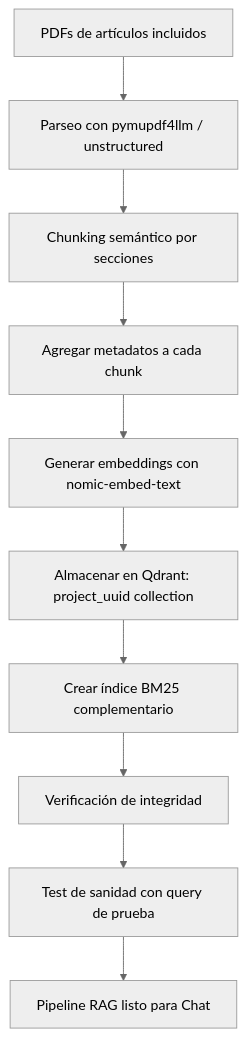
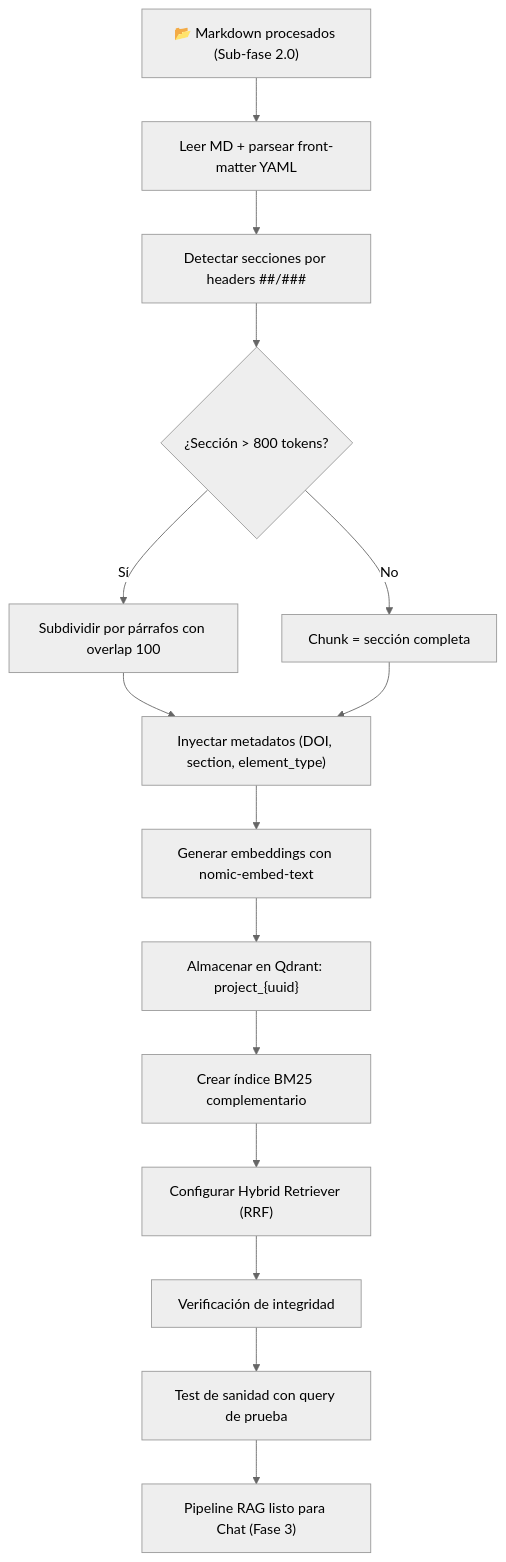
The seventh of 13 diagrams in docs/plan_a_seguir.md (AlexPrietoRomani/AgriSearch), drawn with Mermaid (neutral theme) before and after one commit. The commit also changed other lines of this file and 38 other files, not shown here.

````diff
--- a/docs/plan_a_seguir.md
+++ b/docs/plan_a_seguir.md
@@ -766,12 +966,17 @@
 ```mermaid
 graph TD
-    A[PDFs de artículos incluidos] --> B[Parseo con pymupdf4llm / unstructured]
-    B --> C[Chunking semántico por secciones]
-    C --> D[Agregar metadatos a cada chunk]
-    D --> E[Generar embeddings con nomic-embed-text]
-    E --> F[Almacenar en Qdrant: project_uuid collection]
-    F --> G[Crear índice BM25 complementario]
-    G --> H[Verificación de integridad]
-    H --> I[Test de sanidad con query de prueba]
-    I --> J[Pipeline RAG listo para Chat]
+    A["📂 Markdown procesados (Sub-fase 2.0)"] --> B["Leer MD + parsear front-matter YAML"]
+    B --> C["Detectar secciones por headers ##/###"]
+    C --> D{"¿Sección > 800 tokens?"}
+    D -->|Sí| E["Subdividir por párrafos con overlap 100"]
+    D -->|No| F["Chunk = sección completa"]
+    E --> G["Inyectar metadatos (DOI, section, element_type)"]
+    F --> G
+    G --> H["Generar embeddings con nomic-embed-text"]
+    H --> I["Almacenar en Qdrant: project_{uuid}"]
+    I --> J["Crear índice BM25 complementario"]
+    J --> K["Configurar Hybrid Retriever (RRF)"]
+    K --> L["Verificación de integridad"]
+    L --> M["Test de sanidad con query de prueba"]
+    M --> N["Pipeline RAG listo para Chat (Fase 3)"]
 ```
````
